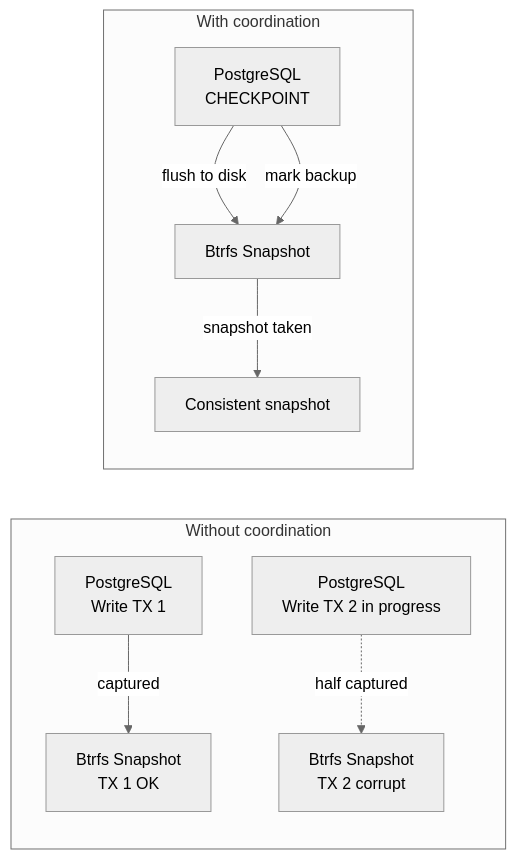
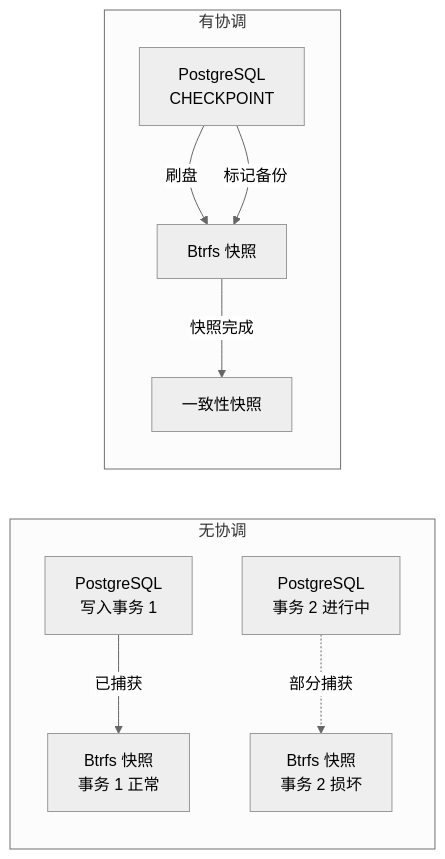
The first of 2 diagrams in i18n/zh/docusaurus-plugin-content-docs/current/07-database-snapshot-strategy.md (stars-labs/self-healing-nixos-infra), drawn with Mermaid (neutral theme) before and after one commit. The commit also changed other lines of this file and 8 other files, not shown here.

````diff
--- a/i18n/zh/docusaurus-plugin-content-docs/current/07-database-snapshot-strategy.md
+++ b/i18n/zh/docusaurus-plugin-content-docs/current/07-database-snapshot-strategy.md
@@ -12,13 +12,13 @@
 ```mermaid
 flowchart LR
-    subgraph Without["Without coordination"]
-        A[PostgreSQL<br/>Write TX 1] -->|captured| B[Btrfs Snapshot<br/>TX 1 OK]
-        C[PostgreSQL<br/>Write TX 2 in progress] -.->|half captured| D[Btrfs Snapshot<br/>TX 2 corrupt]
+    subgraph Without["无协调"]
+        A[PostgreSQL<br/>写入事务 1] -->|已捕获| B[Btrfs 快照<br/>事务 1 正常]
+        C[PostgreSQL<br/>事务 2 进行中] -.->|部分捕获| D[Btrfs 快照<br/>事务 2 损坏]
     end
-    
-    subgraph With["With coordination"]
-        E[PostgreSQL<br/>CHECKPOINT] -->|flush to disk| F[Btrfs Snapshot]
-        E -->|mark backup| F
-        F -->|snapshot taken| G[Consistent snapshot]
+
+    subgraph With["有协调"]
+        E[PostgreSQL<br/>CHECKPOINT] -->|刷盘| F[Btrfs 快照]
+        E -->|标记备份| F
+        F -->|快照完成| G[一致性快照]
     end
 ```
````
